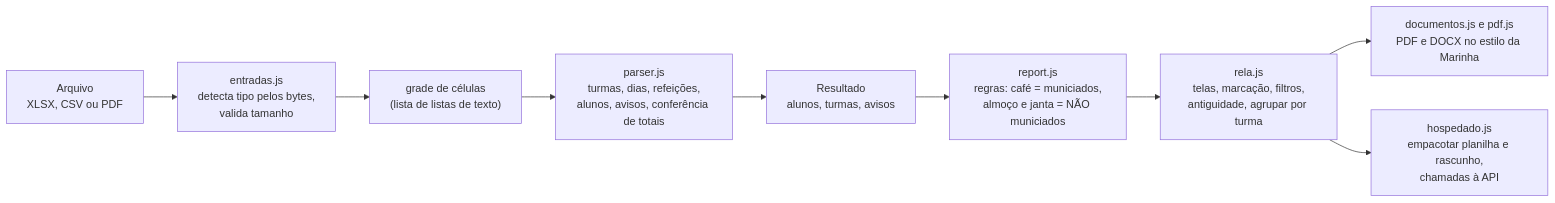
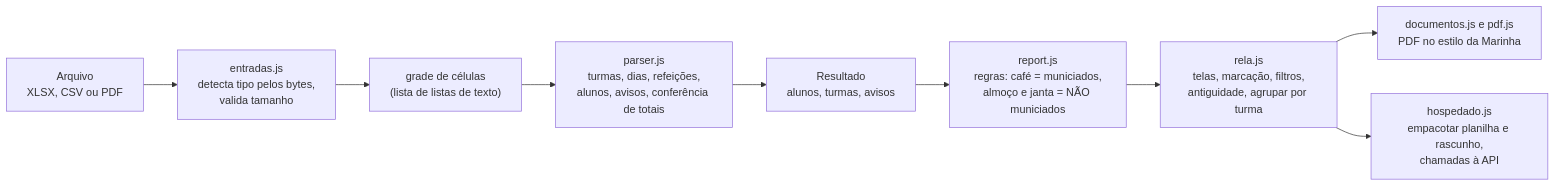
One commit to GiuColucci/Municiamento_CIAGA changed the sixth of 17 diagrams in docs/ARQUITETURA_E_FLUXO.md. Above: the diagram before and after it, drawn with Mermaid. The commit also changed other lines of this file and 10 other files, not shown here.

````diff
--- a/docs/ARQUITETURA_E_FLUXO.md
+++ b/docs/ARQUITETURA_E_FLUXO.md
@@ -246,11 +246,11 @@
 ```mermaid
 flowchart LR
   F["Arquivo<br/>XLSX, CSV ou PDF"] --> E["entradas.js<br/>detecta tipo pelos bytes,<br/>valida tamanho"]
   E --> G["grade de células<br/>(lista de listas de texto)"]
   G --> P["parser.js<br/>turmas, dias, refeições,<br/>alunos, avisos, conferência de totais"]
   P --> RES["Resultado<br/>alunos, turmas, avisos"]
   RES --> R["report.js<br/>regras: café = municiados,<br/>almoço e janta = NÃO municiados"]
   R --> UI["rela.js<br/>telas, marcação, filtros,<br/>antiguidade, agrupar por turma"]
-  UI --> D["documentos.js e pdf.js<br/>PDF e DOCX no estilo da Marinha"]
+  UI --> D["documentos.js e pdf.js<br/>PDF no estilo da Marinha"]
   UI --> H["hospedado.js<br/>empacotar planilha e rascunho,<br/>chamadas à API"]
 ```
````
